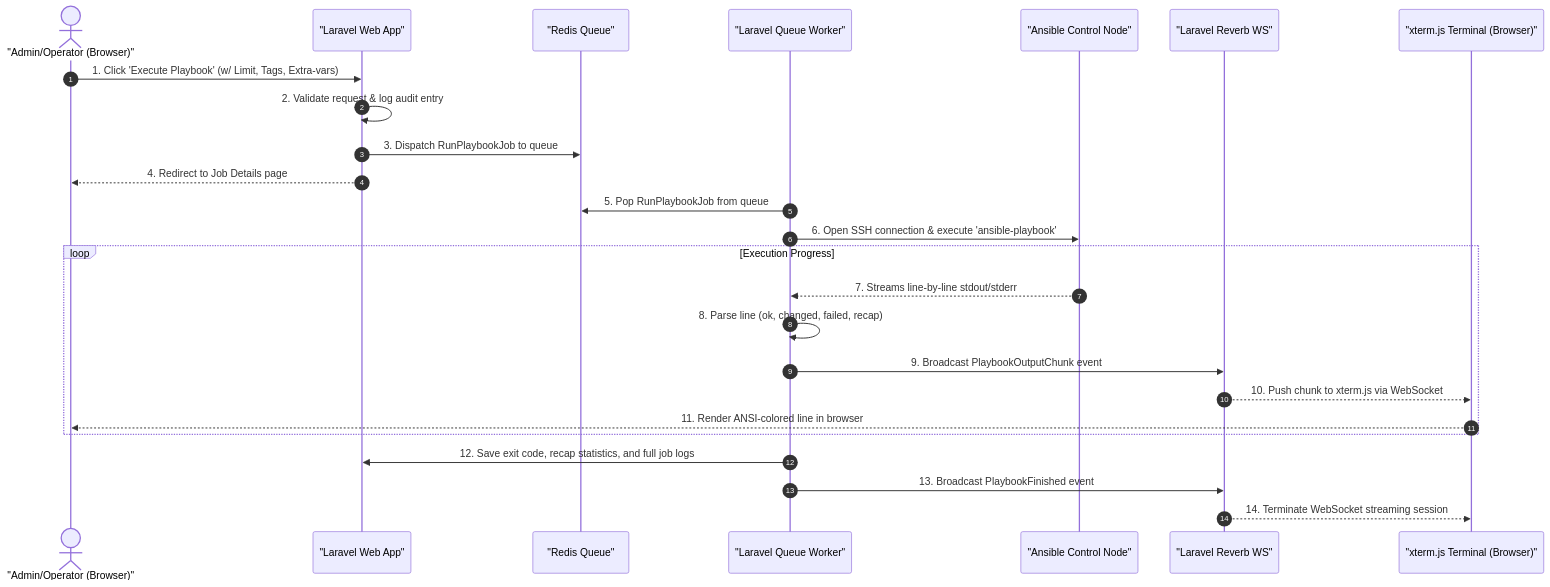
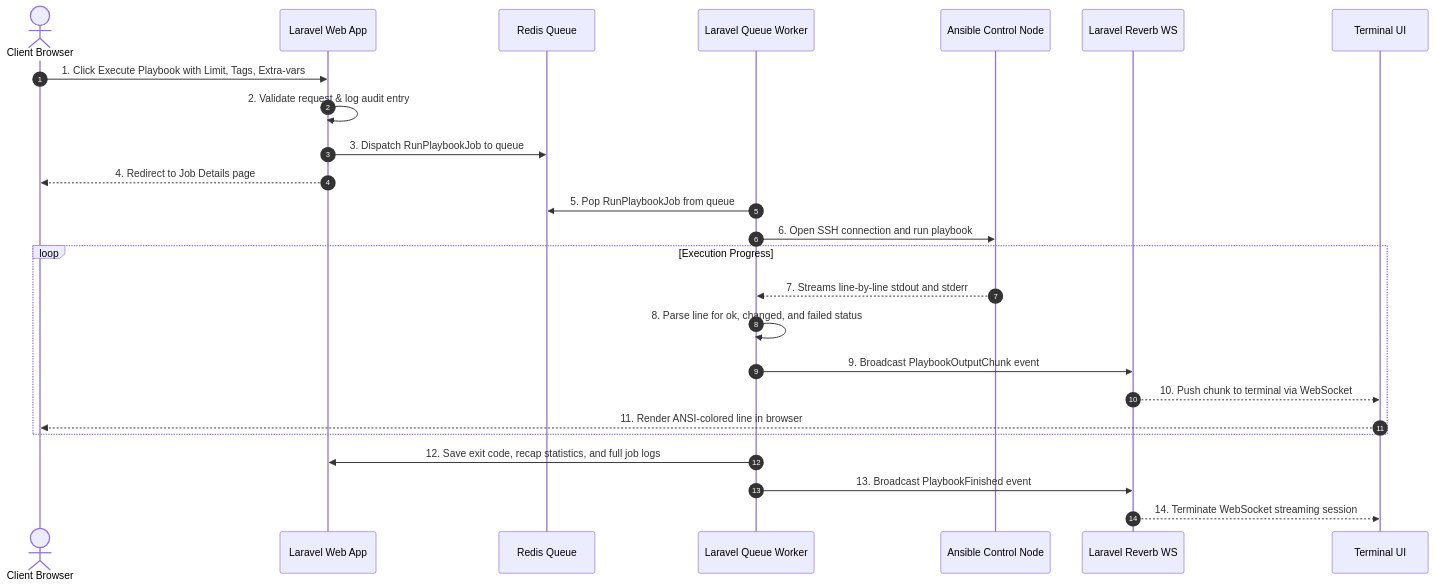
The second of 2 diagrams in USER_GUIDE.md (abesquirrel/ansible-dashboard), drawn with Mermaid before and after one commit.

Commit message:
docs: simplify mermaid sequence diagram labels and descriptions in user guide

````diff
--- a/USER_GUIDE.md
+++ b/USER_GUIDE.md
@@ -164,28 +164,28 @@
 ```mermaid
 sequenceDiagram
     autonumber
-    actor User as "Admin/Operator (Browser)"
-    participant App as "Laravel Web App"
-    participant Redis as "Redis Queue"
-    participant Worker as "Laravel Queue Worker"
-    participant Node as "Ansible Control Node"
-    participant Reverb as "Laravel Reverb WS"
-    participant UI as "xterm.js Terminal (Browser)"
+    actor User as Client Browser
+    participant App as Laravel Web App
+    participant Redis as Redis Queue
+    participant Worker as Laravel Queue Worker
+    participant Node as Ansible Control Node
+    participant Reverb as Laravel Reverb WS
+    participant UI as Terminal UI
 
-    User->>App: 1. Click 'Execute Playbook' (w/ Limit, Tags, Extra-vars)
+    User->>App: 1. Click Execute Playbook with Limit, Tags, Extra-vars
     App->>App: 2. Validate request & log audit entry
     App->>Redis: 3. Dispatch RunPlaybookJob to queue
     App-->>User: 4. Redirect to Job Details page
     Worker->>Redis: 5. Pop RunPlaybookJob from queue
-    Worker->>Node: 6. Open SSH connection & execute 'ansible-playbook'
+    Worker->>Node: 6. Open SSH connection and run playbook
     loop Execution Progress
-        Node-->>Worker: 7. Streams line-by-line stdout/stderr
-        Worker->>Worker: 8. Parse line (ok, changed, failed, recap)
+        Node-->>Worker: 7. Streams line-by-line stdout and stderr
+        Worker->>Worker: 8. Parse line for ok, changed, and failed status
         Worker->>Reverb: 9. Broadcast PlaybookOutputChunk event
-        Reverb-->>UI: 10. Push chunk to xterm.js via WebSocket
+        Reverb-->>UI: 10. Push chunk to terminal via WebSocket
         UI-->>User: 11. Render ANSI-colored line in browser
     end
     Worker->>App: 12. Save exit code, recap statistics, and full job logs
     Worker->>Reverb: 13. Broadcast PlaybookFinished event
     Reverb-->>UI: 14. Terminate WebSocket streaming session
 ```
````
